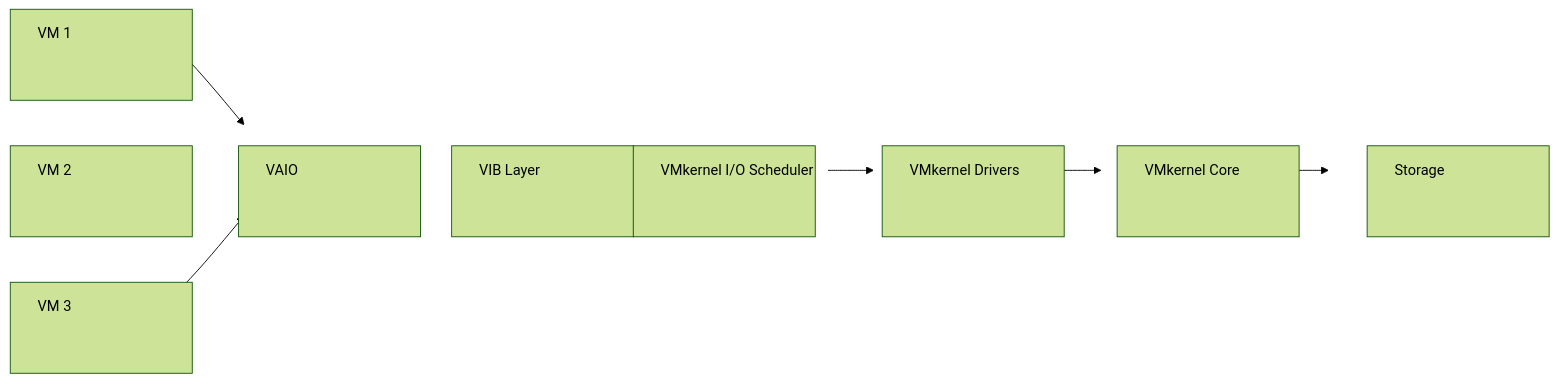
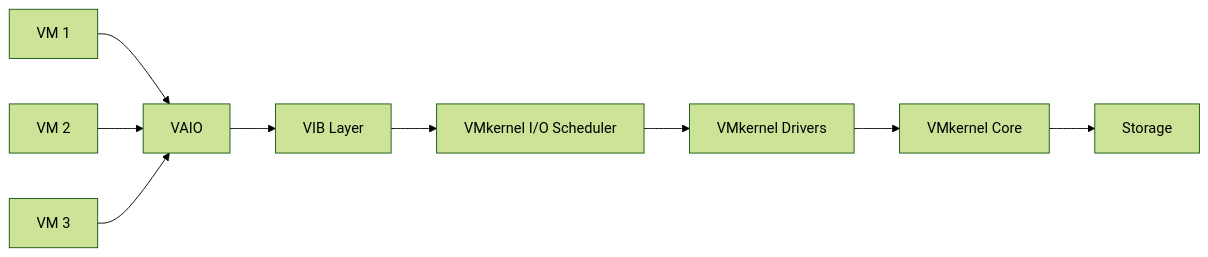
The first of 5 diagrams in _posts/2025-10-25-ESXi-Hypervisor-level-Attacks-and-Techniques.md (win64k/win64k.github.io), drawn with Mermaid (forest theme) before and after one commit. The commit also changed other lines of this file, not shown here.

````diff
--- a/_posts/2025-10-25-ESXi-Hypervisor-level-Attacks-and-Techniques.md
+++ b/_posts/2025-10-25-ESXi-Hypervisor-level-Attacks-and-Techniques.md
@@ -28,21 +28,19 @@
 ```mermaid
 flowchart LR
     VM1["VM 1"]
     VM2["VM 2"] 
     VM3["VM 3"]
     VAIO["VAIO"]
     VIB["VIB Layer"]
     VMK1["VMkernel I/O Scheduler"]
     VMK2["VMkernel Drivers"]
     VMK3["VMkernel Core"]
     ST["Storage"]
 
     %% connections
     VM1 --> VAIO
     VM2 --> VAIO
     VM3 --> VAIO
     VAIO --> VIB --> VMK1 --> VMK2 --> VMK3 --> ST
 
-    %% Make nodes larger
-    classDef default width:200px,height:100px
 ```
````
